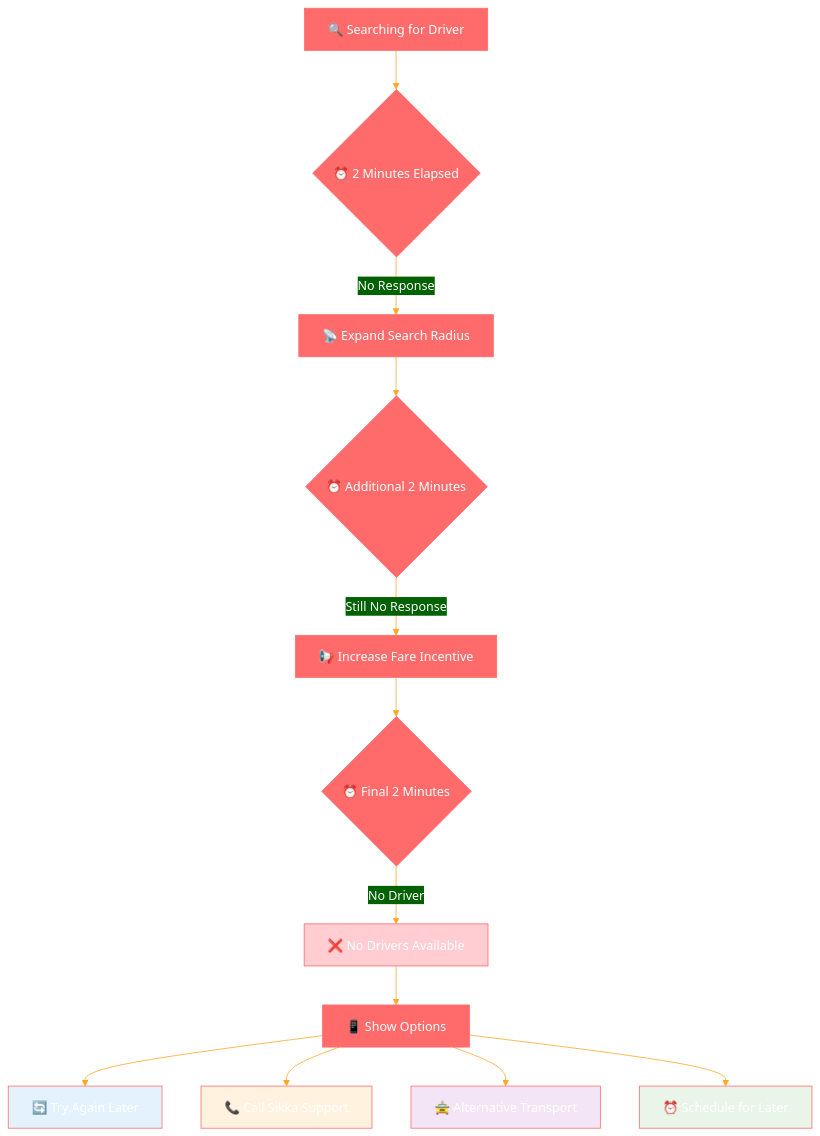
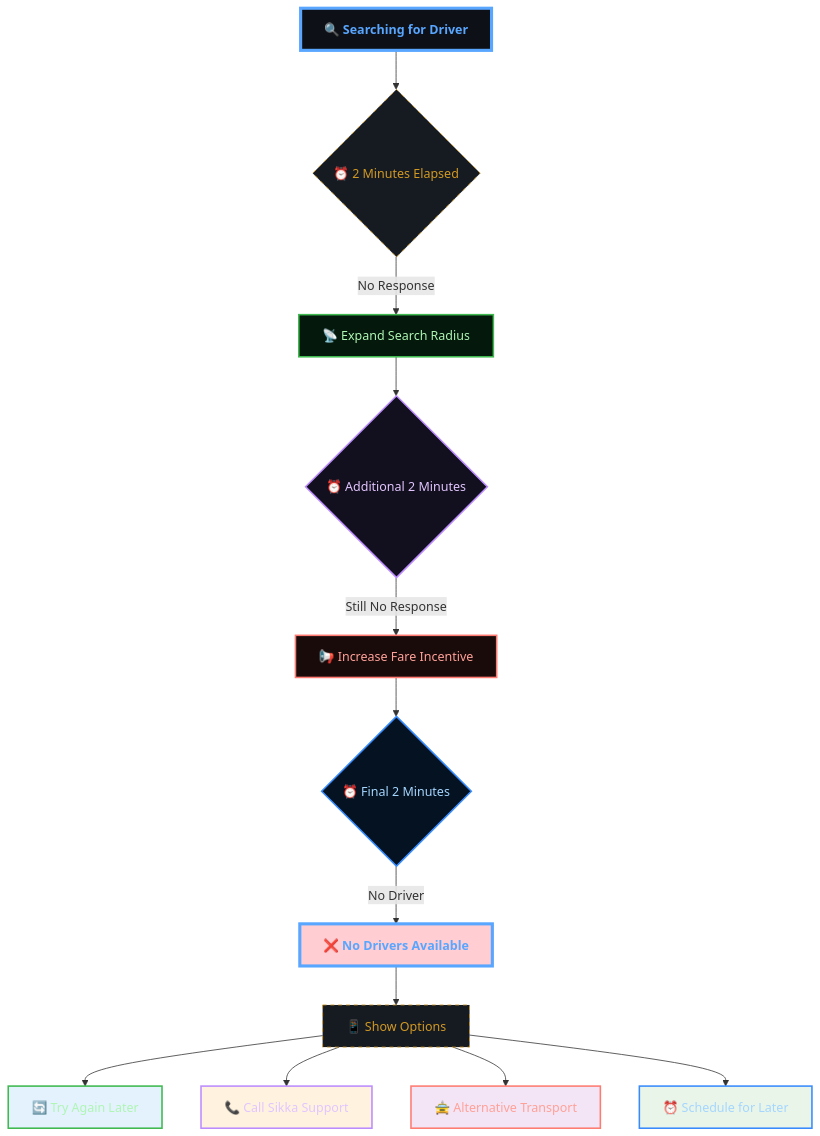
Diagram 16 of 19 in docs/user-journeys/passenger-flow.md (abdoElHodaky/transportapp), drawn with Mermaid before and after one commit. The commit also changed other lines of this file and 9 other files, not shown here.

````diff
--- a/docs/user-journeys/passenger-flow.md
+++ b/docs/user-journeys/passenger-flow.md
@@ -604,22 +1062,56 @@
 ```mermaid
-%%{init: {'theme':'base', 'themeVariables': {'primaryColor':'#ff6b6b','primaryTextColor':'#fff','primaryBorderColor':'#ff6b6b','lineColor':'#ffa726','sectionBkgColor':'#ff6b6b','altSectionBkgColor':'#fff','gridColor':'#fff','secondaryColor':'#006100','tertiaryColor':'#fff'}}}%%
 flowchart TD
     A[🔍 Searching for Driver] --> B{⏰ 2 Minutes Elapsed}
     B -->|No Response| C[📡 Expand Search Radius]
     C --> D{⏰ Additional 2 Minutes}
     D -->|Still No Response| E[📢 Increase Fare Incentive]
     E --> F{⏰ Final 2 Minutes}
     F -->|No Driver| G[❌ No Drivers Available]
     
     G --> H[📱 Show Options]
     H --> I[🔄 Try Again Later]
     H --> J[📞 Call Sikka Support]
     H --> K[🚖 Alternative Transport]
     H --> L[⏰ Schedule for Later]
     
     style G fill:#ffcdd2
     style I fill:#e3f2fd
     style J fill:#fff3e0
     style K fill:#f3e5f5
     style L fill:#e8f5e8
+
+    %% --- DARK GRADIENT & GLOW STYLING ---
+    
+    %% Main Dashboard (Neon Cyan/Blue)
+    classDef main fill:#0d1117,stroke:#58a6ff,stroke-width:4px,color:#58a6ff,font-weight:bold;
+    
+    %% Decision Diamond (Gold Glow)
+    classDef decision fill:#161b22,stroke:#d29922,color:#d29922,stroke-dasharray: 5 5;
+    
+    %% Revenue (Emerald Gradient Style)
+    classDef revNode fill:#04190b,stroke:#3fb950,color:#aff5b4,stroke-width:2px;
+    
+    %% Commission (Purple Gradient Style)
+    classDef commNode fill:#12101e,stroke:#bc8cff,color:#e2c5ff,stroke-width:2px;
+    
+    %% Refund (Ruby Gradient Style)
+    classDef refNode fill:#1a0b0b,stroke:#ff7b72,color:#ffa198,stroke-width:2px;
+    
+    %% Earnings (Sapphire Gradient Style)
+    classDef earnNode fill:#051221,stroke:#388bfd,color:#a5d6ff,stroke-width:2px;
+
+    class A main;
+    class B decision;
+    class C revNode;
+    class D commNode;
+    class E refNode;
+    class F earnNode;
+    class G main;
+    class H decision;
+    class I revNode;
+    class J commNode;
+    class K refNode;
+    class L earnNode;
+    class N main;
+    class S decision;
 ```
````
